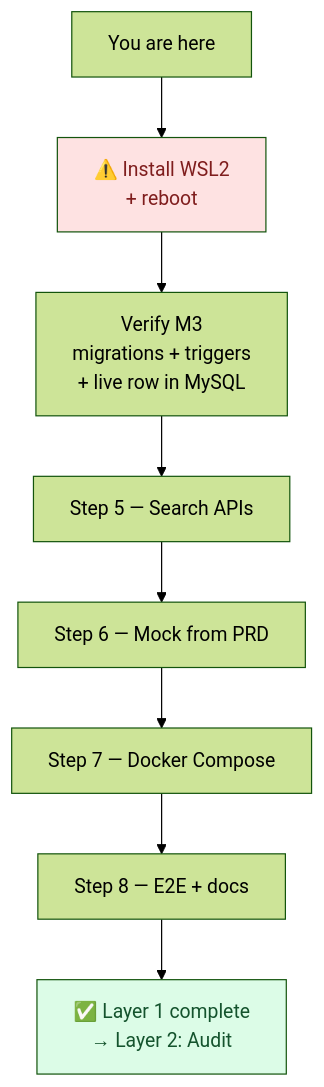
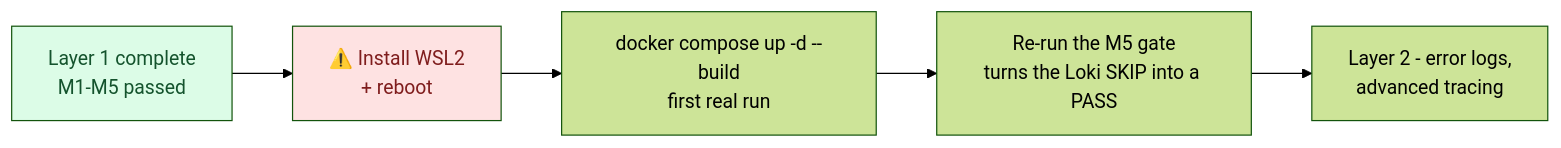
One commit to abhishjais01/Bharat_Bank changed diagram 18 of 18 in ARCHITECTURE.md. Above: the diagram before and after it, drawn with Mermaid (forest theme). The commit also changed other lines of this file and 2 other files, not shown here.

Commit message:
edited audit Log : one Javadoc, same correction

````diff
--- a/ARCHITECTURE.md
+++ b/ARCHITECTURE.md
@@ -816,13 +952,10 @@
 ```mermaid
-flowchart TB
-    NOW["You are here"] --> W["⚠️ Install WSL2<br/>+ reboot"]
-    W --> V["Verify M3<br/>migrations + triggers<br/>+ live row in MySQL"]
-    V --> S5["Step 5 — Search APIs"]
-    S5 --> S6["Step 6 — Mock from PRD"]
-    S6 --> S7["Step 7 — Docker Compose"]
-    S7 --> S8["Step 8 — E2E + docs"]
-    S8 --> DONE["✅ Layer 1 complete<br/>→ Layer 2: Audit"]
+flowchart LR
+    NOW["Layer 1 complete<br/>M1-M5 passed"] --> W["⚠️ Install WSL2<br/>+ reboot"]
+    W --> C["docker compose up -d --build<br/>first real run"]
+    C --> G["Re-run the M5 gate<br/>turns the Loki SKIP into a PASS"]
+    G --> L2["Layer 2 - error logs,<br/>advanced tracing"]
 
+    style NOW fill:#dcfce7,color:#14532d
     style W fill:#fee2e2,color:#7f1d1d
-    style DONE fill:#dcfce7,color:#14532d
 ```
````
